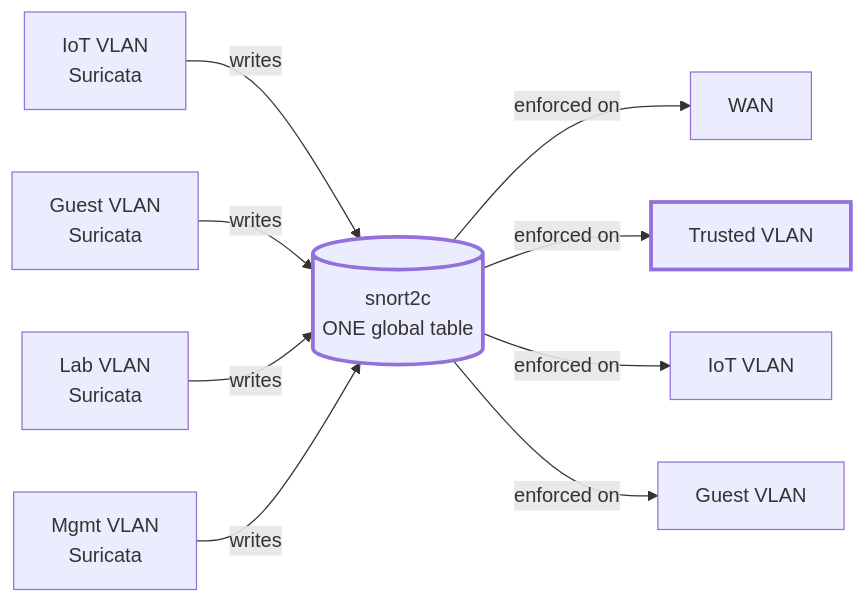
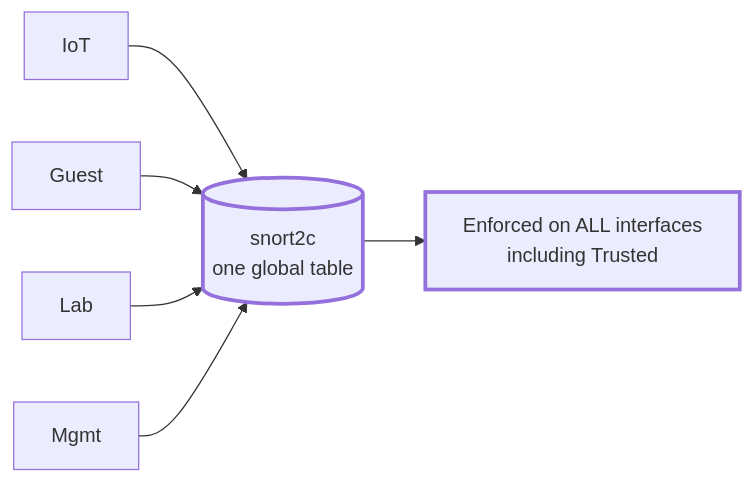
The diagram in docs/LIMITATIONS.md (Aj-Networks/Homelab_Router-on-a-Stick), drawn with Mermaid before and after one commit. The commit also changed other lines of this file and 1 other file, not shown here.

Commit message:
style: compact mermaid diagrams to fit without panning

````diff
--- a/docs/LIMITATIONS.md
+++ b/docs/LIMITATIONS.md
@@ -86,15 +86,11 @@
 ```mermaid
 flowchart LR
-    A[IoT VLAN<br/>Suricata] -->|writes| T[(snort2c<br/>ONE global table)]
-    B[Guest VLAN<br/>Suricata] -->|writes| T
-    C[Lab VLAN<br/>Suricata] -->|writes| T
-    D[Mgmt VLAN<br/>Suricata] -->|writes| T
-
-    T -->|enforced on| W[WAN]
-    T -->|enforced on| X[Trusted VLAN]
-    T -->|enforced on| Y[IoT VLAN]
-    T -->|enforced on| Z[Guest VLAN]
+    A[IoT] --> T
+    B[Guest] --> T
+    C[Lab] --> T
+    D[Mgmt] --> T
+    T[(snort2c<br/>one global table)] --> E[Enforced on ALL interfaces<br/>including Trusted]
 
     style T stroke-width:3px
-    style X stroke-width:3px
+    style E stroke-width:3px
 ```
````
